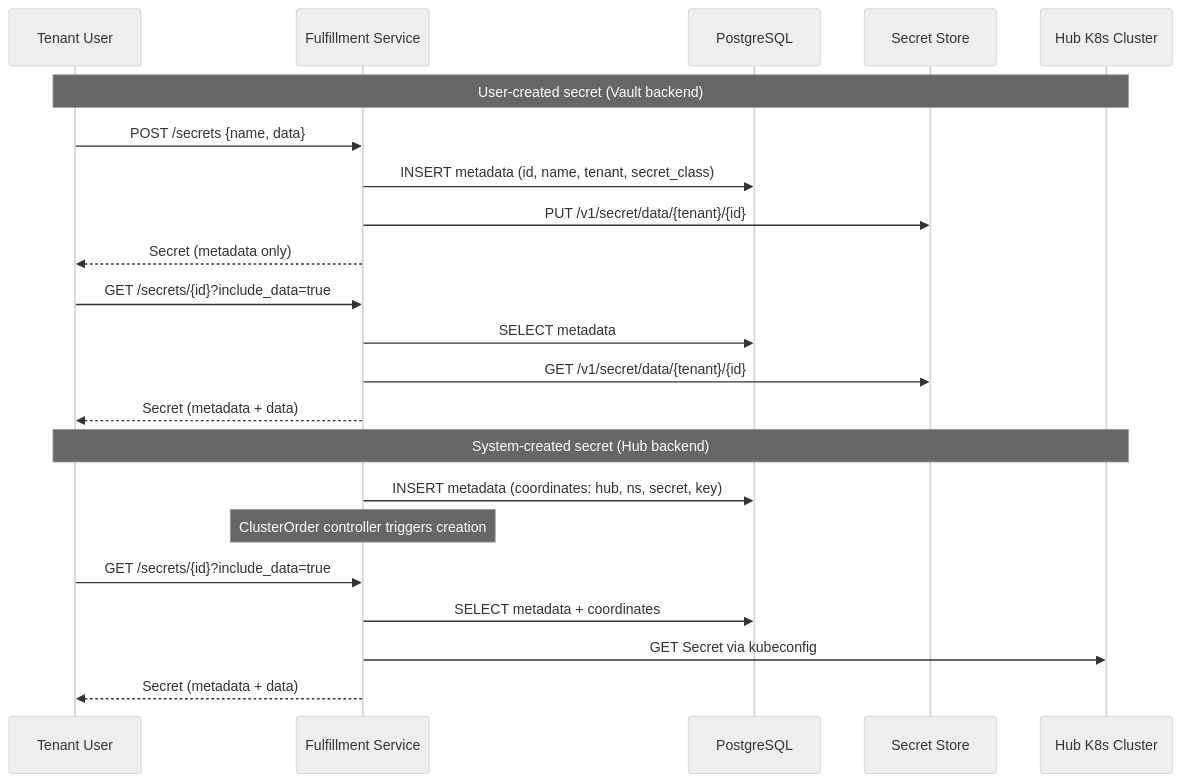
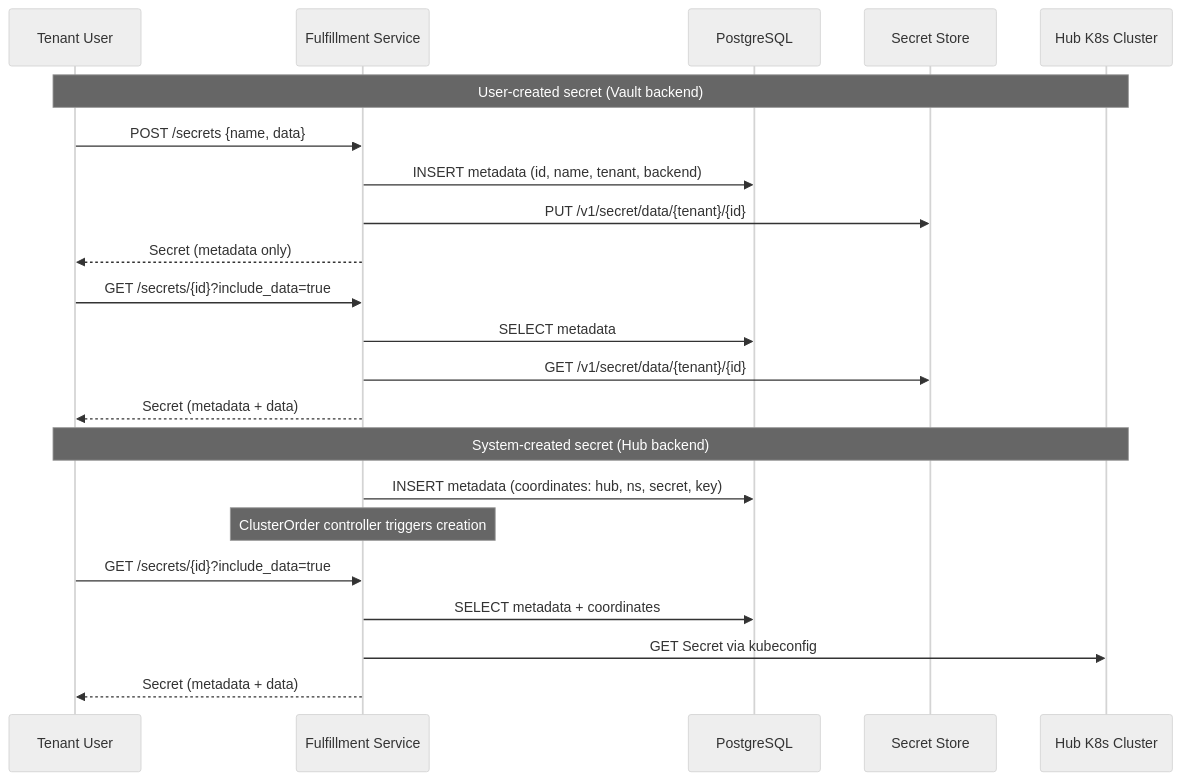
Before and after one commit to DakCrowder/enhancement-proposals: the diagram in enhancements/secret-management/README.md, drawn with Mermaid (neutral theme). The commit also changed other lines of this file, not shown here.

First line of the commit message:
OSAC-1567: simplify design — remove SecretClass, use startup config

````diff
--- a/enhancements/secret-management/README.md
+++ b/enhancements/secret-management/README.md
@@ -154,28 +158,28 @@
 ```mermaid
 sequenceDiagram
     participant User as Tenant User
     participant API as Fulfillment Service
     participant DB as PostgreSQL
     participant VS as Secret Store
     participant Hub as Hub K8s Cluster
 
     Note over User,Hub: User-created secret (Vault backend)
     User->>API: POST /secrets {name, data}
-    API->>DB: INSERT metadata (id, name, tenant, secret_class)
+    API->>DB: INSERT metadata (id, name, tenant, backend)
     API->>VS: PUT /v1/secret/data/{tenant}/{id}
     API-->>User: Secret (metadata only)
 
     User->>API: GET /secrets/{id}?include_data=true
     API->>DB: SELECT metadata
     API->>VS: GET /v1/secret/data/{tenant}/{id}
     API-->>User: Secret (metadata + data)
 
     Note over User,Hub: System-created secret (Hub backend)
     API->>DB: INSERT metadata (coordinates: hub, ns, secret, key)
     Note over API: ClusterOrder controller triggers creation
 
     User->>API: GET /secrets/{id}?include_data=true
     API->>DB: SELECT metadata + coordinates
     API->>Hub: GET Secret via kubeconfig
     API-->>User: Secret (metadata + data)
 ```
````
